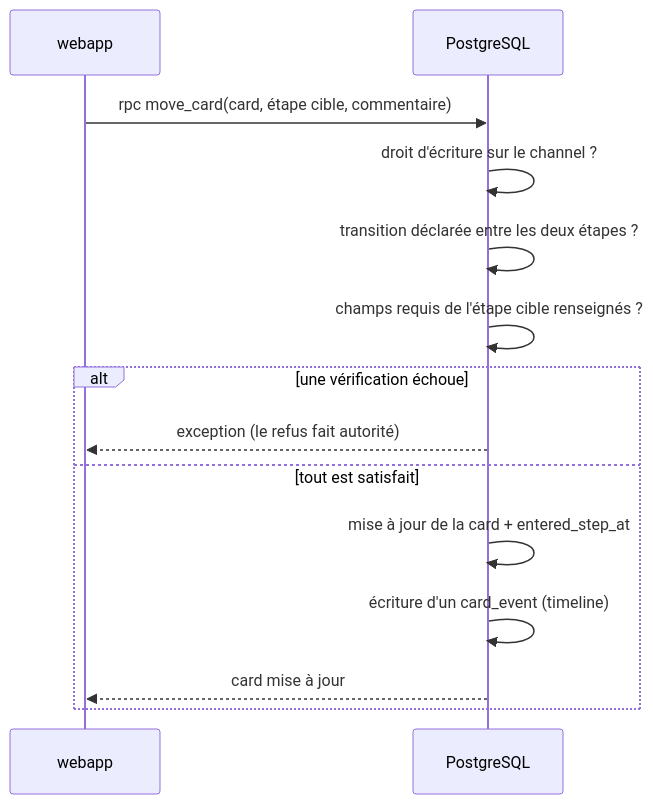
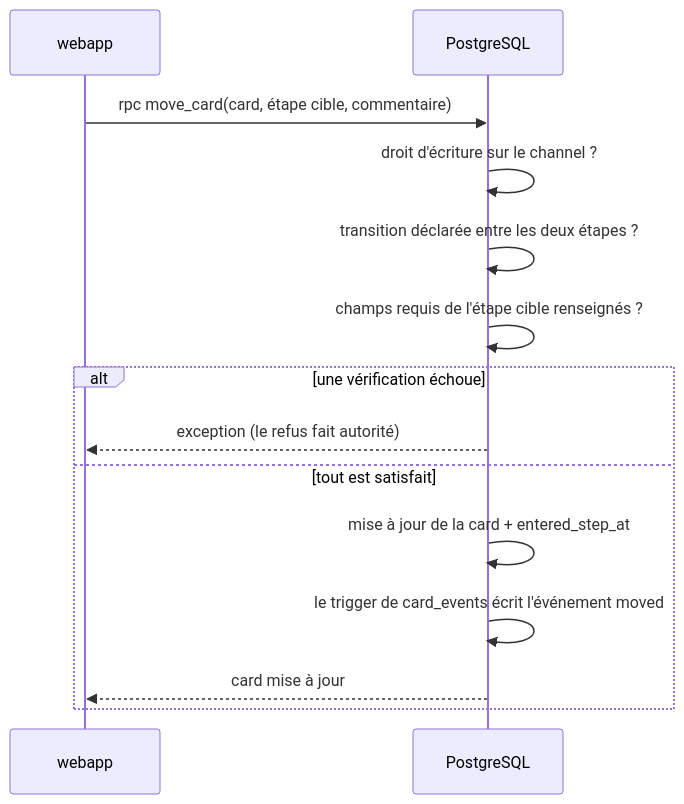
The second of 3 diagrams in docs/DAT.md (martinobettucci/p2enjoy-crm), drawn with Mermaid before and after one commit. The commit also changed other lines of this file and 22 other files, not shown here.

````diff
--- a/docs/DAT.md
+++ b/docs/DAT.md
@@ -364,16 +364,16 @@
 ```mermaid
 sequenceDiagram
   participant UI as webapp
   participant PG as PostgreSQL
   UI->>PG: rpc move_card(card, étape cible, commentaire)
   PG->>PG: droit d'écriture sur le channel ?
   PG->>PG: transition déclarée entre les deux étapes ?
   PG->>PG: champs requis de l'étape cible renseignés ?
   alt une vérification échoue
     PG-->>UI: exception (le refus fait autorité)
   else tout est satisfait
     PG->>PG: mise à jour de la card + entered_step_at
-    PG->>PG: écriture d'un card_event (timeline)
+    PG->>PG: le trigger de card_events écrit l'événement moved
     PG-->>UI: card mise à jour
   end
 ```
````
